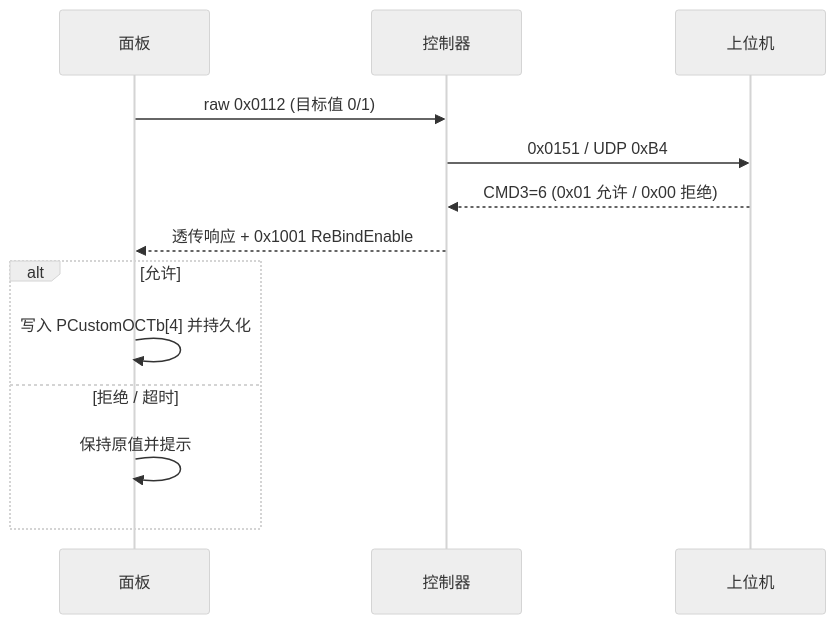
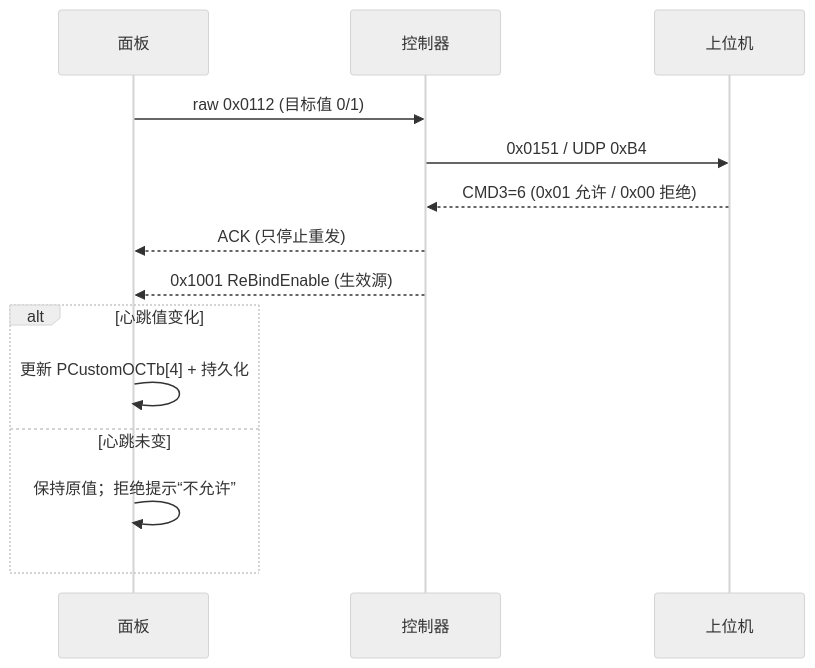
One commit to Siaiai/ObsidianNote changed the second of 2 diagrams in 工作/吊挂操作面板/261030吊挂操作面板维护.md. Above: the diagram before and after it, drawn with Mermaid (neutral theme). The commit also changed other lines of this file, not shown here.

````diff
--- a/工作/吊挂操作面板/261030吊挂操作面板维护.md
+++ b/工作/吊挂操作面板/261030吊挂操作面板维护.md
@@ -147,15 +150,16 @@
 ```mermaid
 sequenceDiagram
     participant P as 面板
     participant C as 控制器
     participant PC as 上位机
     P->>C: raw 0x0112 (目标值 0/1)
     C->>PC: 0x0151 / UDP 0xB4
     PC-->>C: CMD3=6 (0x01 允许 / 0x00 拒绝)
-    C-->>P: 透传响应 + 0x1001 ReBindEnable
-    alt 允许
-        P->>P: 写入 PCustomOCTb[4] 并持久化
-    else 拒绝 / 超时
-        P->>P: 保持原值并提示
+    C-->>P: ACK (只停止重发)
+    C-->>P: 0x1001 ReBindEnable (生效源)
+    alt 心跳值变化
+        P->>P: 更新 PCustomOCTb[4] + 持久化
+    else 心跳未变
+        P->>P: 保持原值；拒绝提示“不允许”
     end
 ```
````
